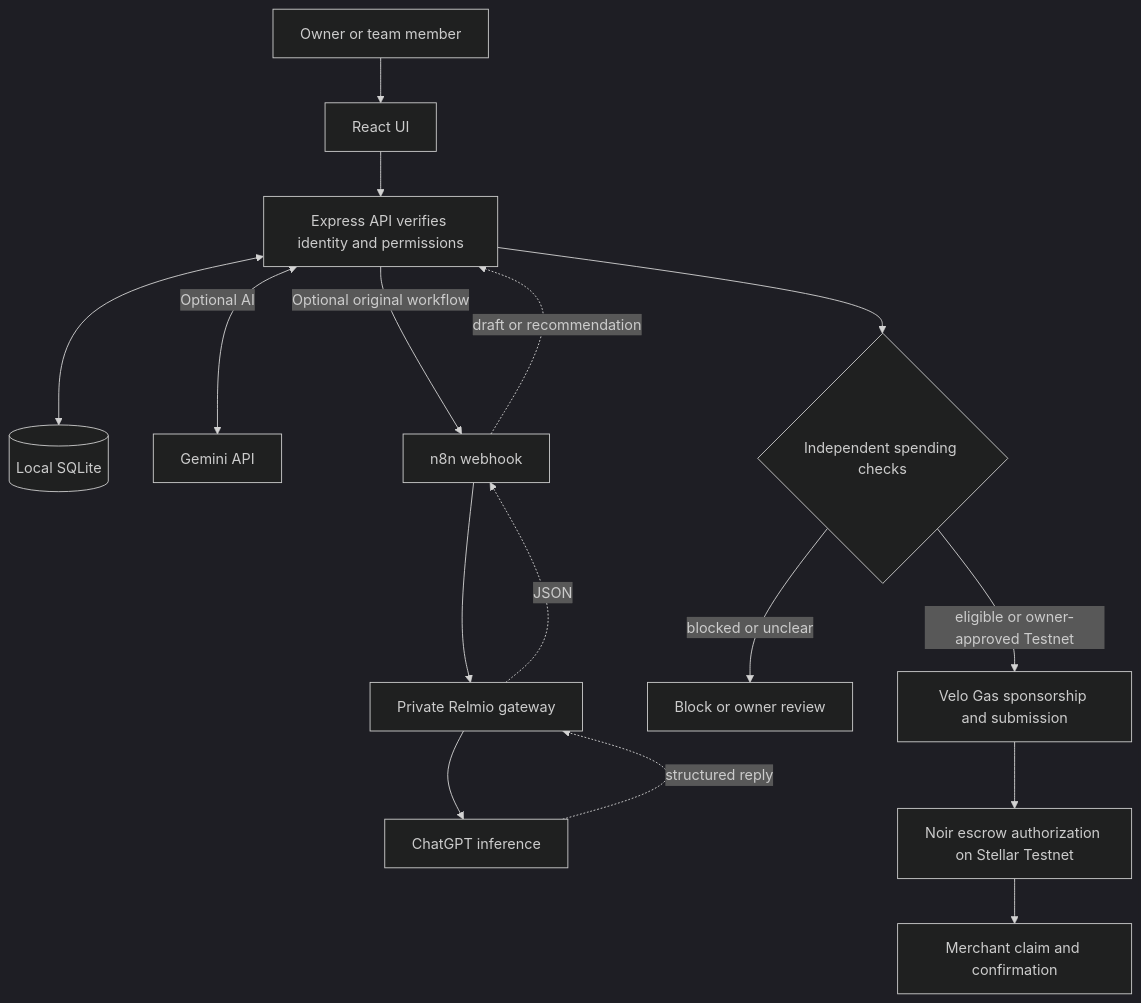
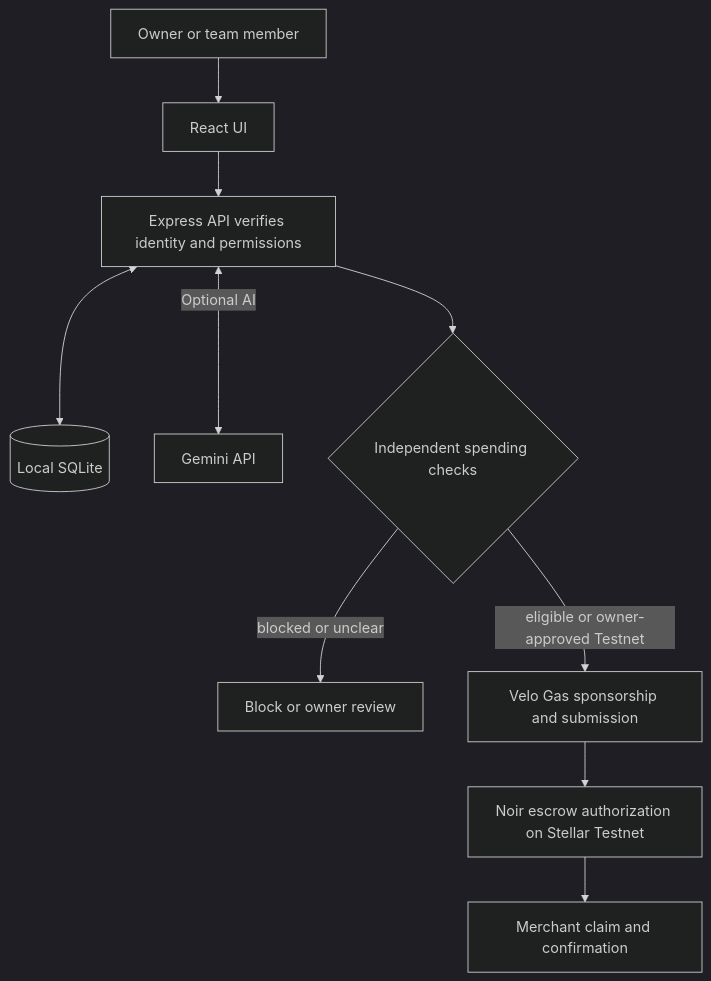
One commit to Enerbonn/Allowance changed the diagram in README.md. Above: the diagram before and after it, drawn with Mermaid (dark theme). The commit also changed other lines of this file and 16 other files, not shown here.

````diff
--- a/README.md
+++ b/README.md
@@ -71,18 +79,12 @@
 ```mermaid
 flowchart TD
     U[Owner or team member] --> B[React UI]
     B --> A[Express API verifies identity and permissions]
     A <--> S[(Local SQLite)]
     A <-->|Optional AI| G[Gemini API]
-    A -->|Optional original workflow| N[n8n webhook]
-    N --> R[Private Relmio gateway]
-    R --> M[ChatGPT inference]
-    M -. structured reply .-> R
-    R -. JSON .-> N
-    N -. draft or recommendation .-> A
     A --> P{Independent spending checks}
     P -- blocked or unclear --> O[Block or owner review]
     P -- eligible or owner-approved Testnet --> V[Velo Gas sponsorship and submission]
     V --> E[Noir escrow authorization on Stellar Testnet]
     E --> C[Merchant claim and confirmation]
 ```
````
